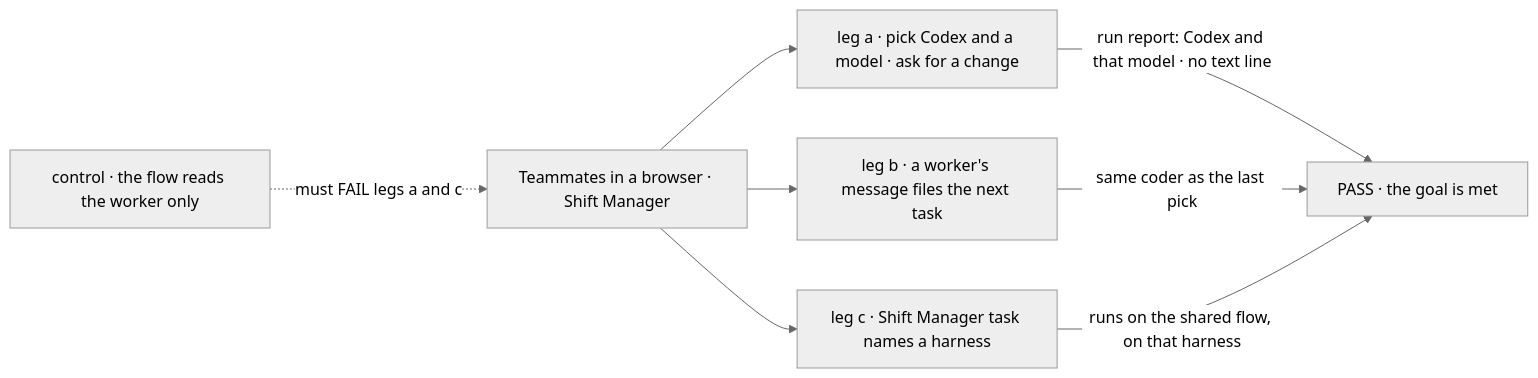
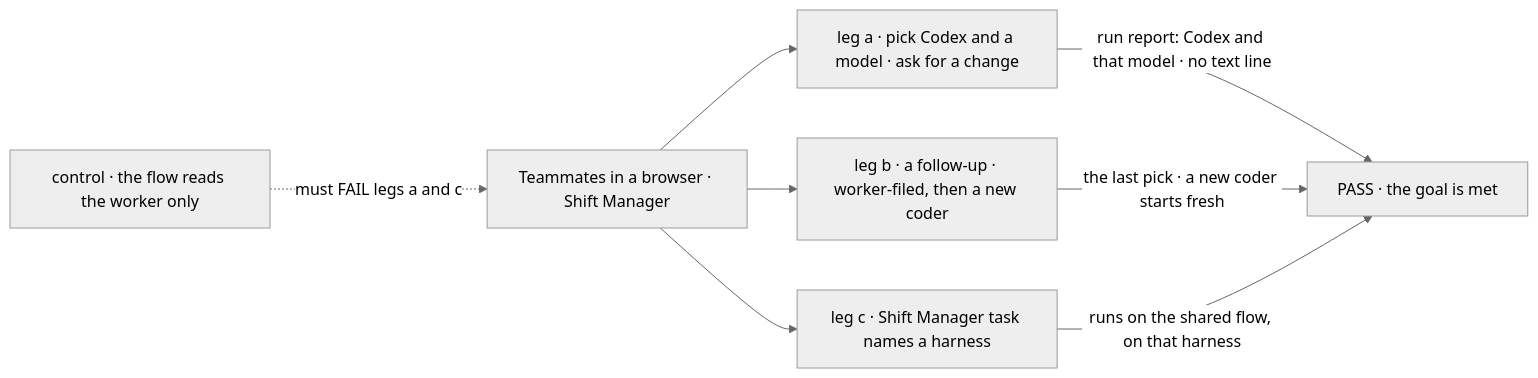
Before and after one commit to fixpoint-labs/flow-state-dev: the first of 2 diagrams in specs/epics/FIX-2876/SPEC.md, drawn with Mermaid (neutral theme). The commit also changed other lines of this file and 4 other files, not shown here.

````diff
--- a/specs/epics/FIX-2876/SPEC.md
+++ b/specs/epics/FIX-2876/SPEC.md
@@ -33,10 +33,10 @@
 ```mermaid
 flowchart LR
   A["Teammates in a browser · Shift Manager"] --> L1["leg a · pick Codex and a model · ask for a change"]
-  A --> L2["leg b · a worker's message files the next task"]
+  A --> L2["leg b · a follow-up · worker-filed, then a new coder"]
   A --> L3["leg c · Shift Manager task names a harness"]
   L1 -->|"run report: Codex and that model · no text line"| P["PASS · the goal is met"]
-  L2 -->|"same coder as the last pick"| P
+  L2 -->|"the last pick · a new coder starts fresh"| P
   L3 -->|"runs on the shared flow, on that harness"| P
   C["control · the flow reads the worker only"] -.->|"must FAIL legs a and c"| A
 ```
````
